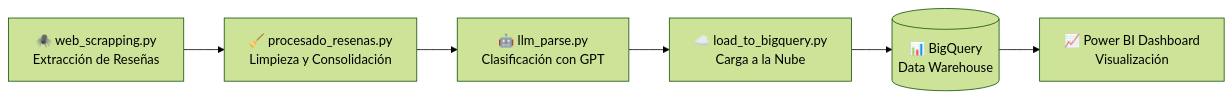
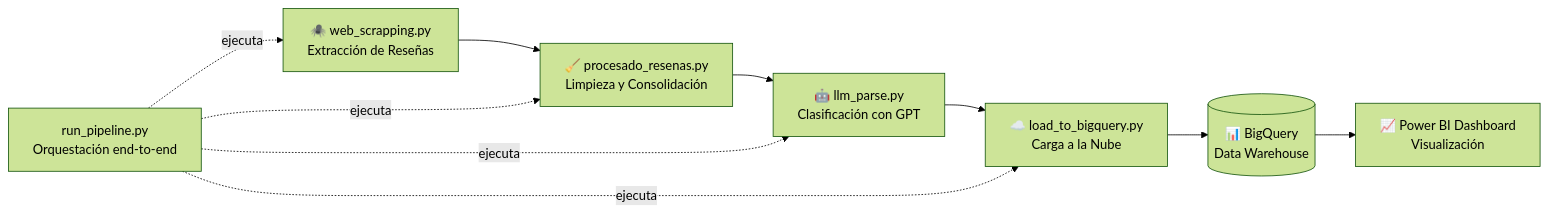
The diagram in README.md (franciscogonzalez-gal/investigacion_data_science), drawn with Mermaid (forest theme) before and after one commit. The commit also changed other lines of this file and 1 other file, not shown here.

Commit message:
Update README.md and run_pipeline.py: Enhance documentation and clarify pipeline execution steps

````diff
--- a/README.md
+++ b/README.md
@@ -180,9 +241,14 @@
 ```mermaid
 graph LR
     A[🕷️ web_scrapping.py<br/>Extracción de Reseñas] 
     A --> B[🧹 procesado_resenas.py<br/>Limpieza y Consolidación]
     B --> C[🤖 llm_parse.py<br/>Clasificación con GPT]
     C --> D[☁️ load_to_bigquery.py<br/>Carga a la Nube]
     D --> E[(📊 BigQuery<br/>Data Warehouse)]
     E --> F[📈 Power BI Dashboard<br/>Visualización]
+
+  X[run_pipeline.py<br/>Orquestación end-to-end] -. ejecuta .-> A
+  X -. ejecuta .-> B
+  X -. ejecuta .-> C
+  X -. ejecuta .-> D
 ```
````
